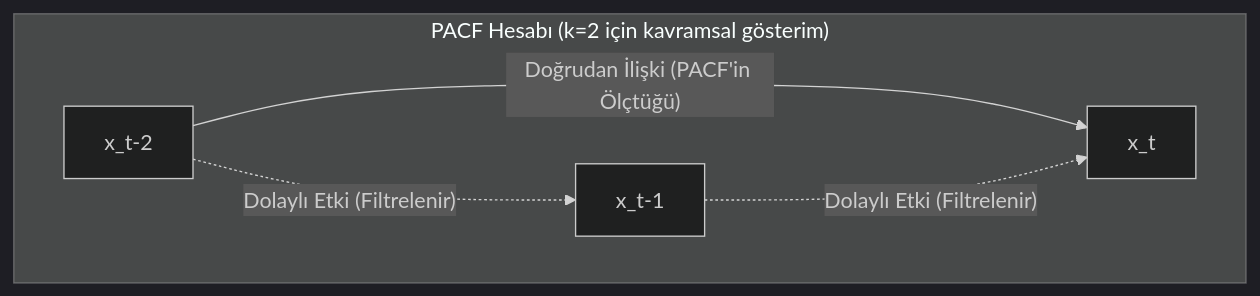
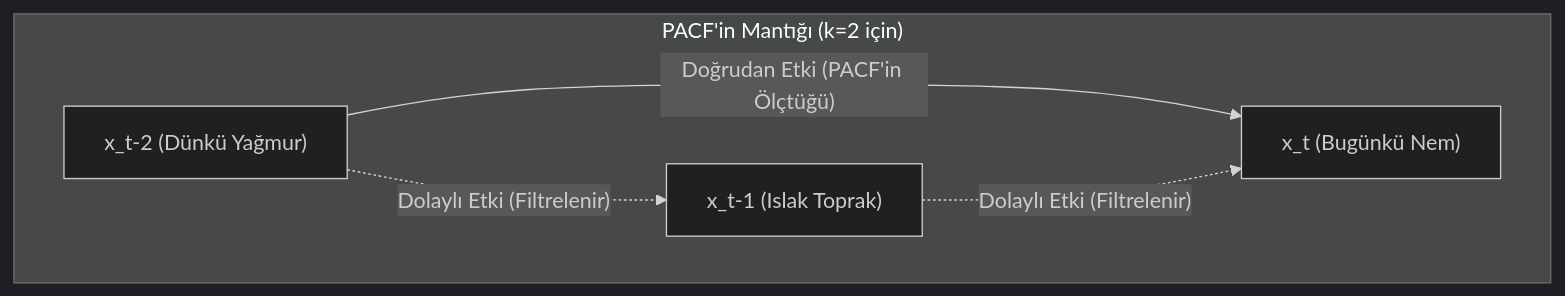
Before and after one commit to erkanozhan/AI_Based_Time_Series-Data_Analytics: the third of 5 diagrams in Book copy.md, drawn with Mermaid (dark theme). The commit also changed other lines of this file, not shown here.

````diff
--- a/Book copy.md
+++ b/Book copy.md
@@ -344,9 +442,9 @@
-    ```mermaid
-    graph TD
-    subgraph "PACF Hesabı (k=2 için kavramsal gösterim)"
+```mermaid
+graph TD
+    subgraph "PACF'in Mantığı (k=2 için)"
     direction LR
-    X_t_2["x_t-2"] -->|"Doğrudan İlişki (PACF'in Ölçtüğü)"| X_t["x_t"]
-    X_t_1["x_t-1"] -.->|"Dolaylı Etki (Filtrelenir)"| X_t
+    X_t_2["x_t-2 (Dünkü Yağmur)"] -->|"Doğrudan Etki (PACF'in Ölçtüğü)"| X_t["x_t (Bugünkü Nem)"]
+    X_t_1["x_t-1 (Islak Toprak)"] -.->|"Dolaylı Etki (Filtrelenir)"| X_t
     X_t_2 -.->|"Dolaylı Etki (Filtrelenir)"| X_t_1
     end
-    ```
+```
````
